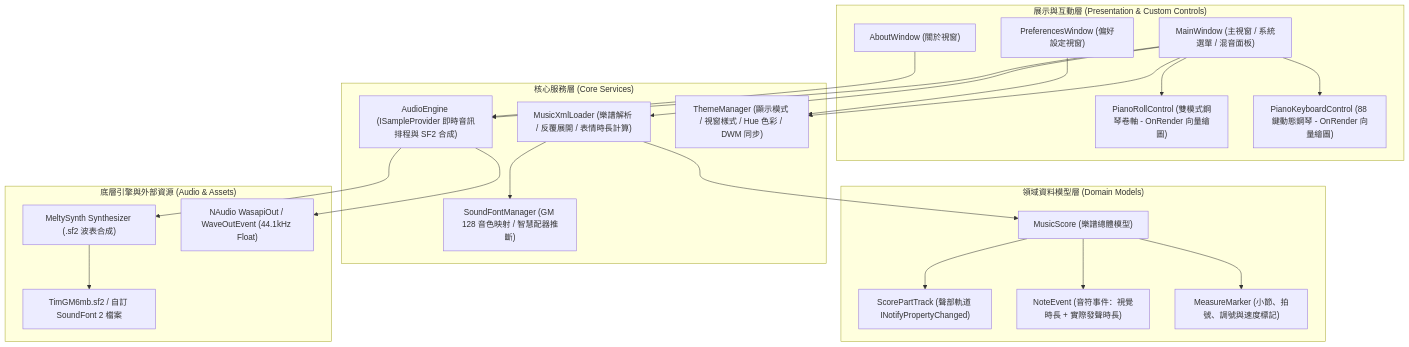
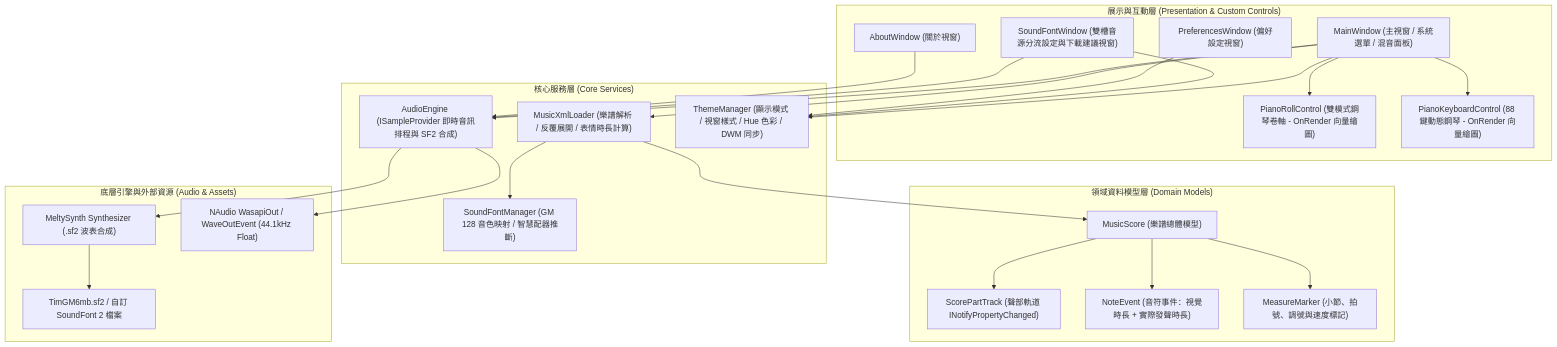
The first of 2 diagrams in docs/ARCHITECTURE.md (mark216tw/win-musicxmlplayer-01), drawn with Mermaid before and after one commit. The commit also changed other lines of this file and 10 other files, not shown here.

Commit message:
feat: add dual-slot SoundFont routing, download guide dialog, and play-button auto-open

````diff
--- a/docs/ARCHITECTURE.md
+++ b/docs/ARCHITECTURE.md
@@ -22,48 +22,51 @@
 ```mermaid
 flowchart TD
     subgraph UI["展示與互動層 (Presentation & Custom Controls)"]
         MW["MainWindow (主視窗 / 系統選單 / 混音面板)"]
         PR["PianoRollControl (雙模式鋼琴卷軸 - OnRender 向量繪圖)"]
         PK["PianoKeyboardControl (88 鍵動態鋼琴 - OnRender 向量繪圖)"]
+        SW["SoundFontWindow (雙槽音源分流設定與下載建議視窗)"]
         PW["PreferencesWindow (偏好設定視窗)"]
         AW["AboutWindow (關於視窗)"]
     end
 
     subgraph Services["核心服務層 (Core Services)"]
         ML["MusicXmlLoader (樂譜解析 / 反覆展開 / 表情時長計算)"]
         AE["AudioEngine (ISampleProvider 即時音訊排程與 SF2 合成)"]
         SF["SoundFontManager (GM 128 音色映射 / 智慧配器推斷)"]
         TM["ThemeManager (顯示模式 / 視窗樣式 / Hue 色彩 / DWM 同步)"]
     end
 
     subgraph Models["領域資料模型層 (Domain Models)"]
         MS["MusicScore (樂譜總體模型)"]
         ST["ScorePartTrack (聲部軌道 INotifyPropertyChanged)"]
         NE["NoteEvent (音符事件：視覺時長 + 實際發聲時長)"]
         MM["MeasureMarker (小節、拍號、調號與速度標記)"]
     end
 
     subgraph External["底層引擎與外部資源 (Audio & Assets)"]
         MSYN["MeltySynth Synthesizer (.sf2 波表合成)"]
         NAUD["NAudio WasapiOut / WaveOutEvent (44.1kHz Float)"]
         SF2["TimGM6mb.sf2 / 自訂 SoundFont 2 檔案"]
     end
 
     MW --> ML
     MW --> AE
     MW --> TM
     MW --> PR
     MW --> PK
+    SW --> AE
+    SW --> TM
     PW --> TM
     AW --> AE
 
     ML --> SF
     ML --> MS
     MS --> ST
     MS --> NE
     MS --> MM
 
     AE --> MSYN
     AE --> NAUD
     MSYN --> SF2
 ```
````
